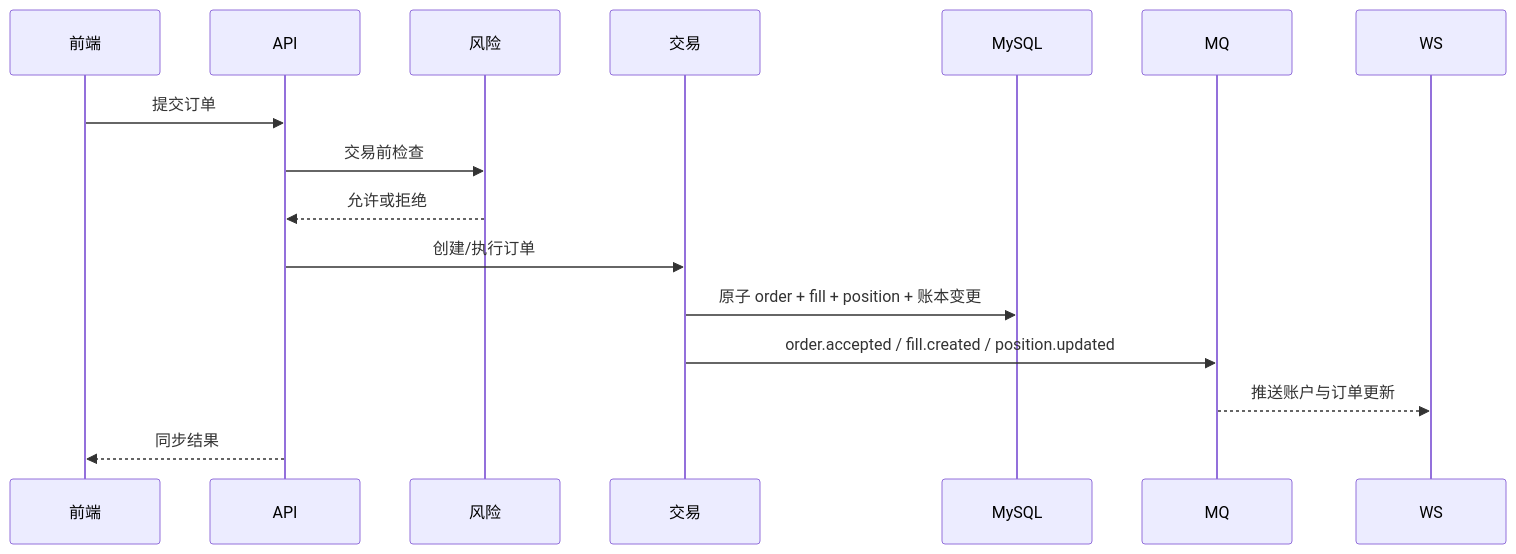
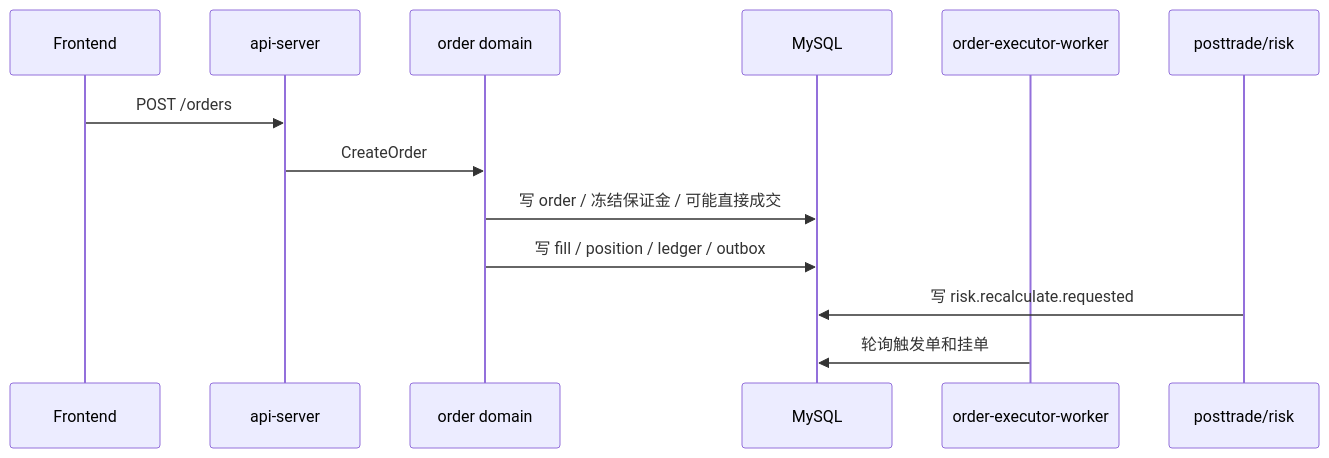
One commit to AboAuther/RGPerpV2 changed the sixth of 8 diagrams in docs/Architecture Document.md. Above: the diagram before and after it, drawn with Mermaid. The commit also changed other lines of this file and 173 other files, not shown here.

````diff
--- a/docs/Architecture Document.md
+++ b/docs/Architecture Document.md
@@ -393,19 +459,16 @@
 ```mermaid
 sequenceDiagram
-    participant FE as 前端
-    participant API
-    participant Risk as 风险
-    participant Trade as 交易
+    participant FE as Frontend
+    participant API as api-server
+    participant ORD as order domain
     participant DB as MySQL
-    participant MQ
-    participant WS
+    participant EXEC as order-executor-worker
+    participant RISK as posttrade/risk
 
-    FE->>API: 提交订单
-    API->>Risk: 交易前检查
-    Risk-->>API: 允许或拒绝
-    API->>Trade: 创建/执行订单
-    Trade->>DB: 原子 order + fill + position + 账本变更
-    Trade->>MQ: order.accepted / fill.created / position.updated
-    MQ-->>WS: 推送账户与订单更新
-    API-->>FE: 同步结果
+    FE->>API: POST /orders
+    API->>ORD: CreateOrder
+    ORD->>DB: 写 order / 冻结保证金 / 可能直接成交
+    ORD->>DB: 写 fill / position / ledger / outbox
+    RISK->>DB: 写 risk.recalculate.requested
+    EXEC->>DB: 轮询触发单和挂单
 ```
````
